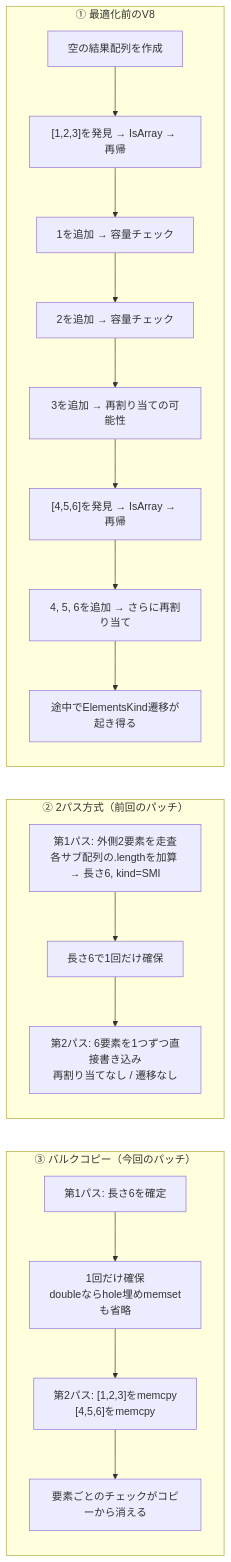
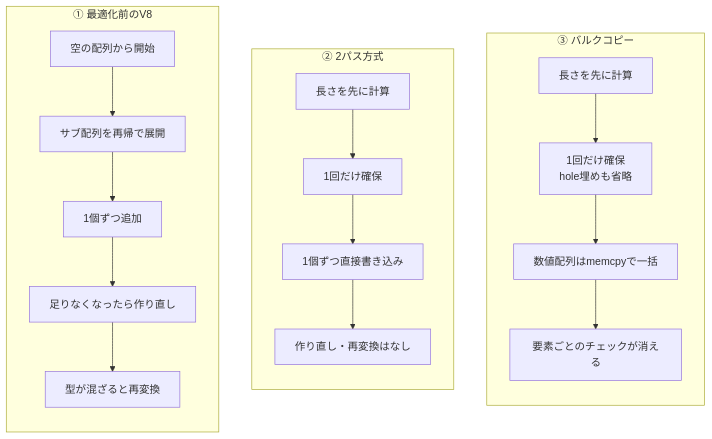
Before and after one commit to riya-amemiya/amemiya_riya_zenn_data: the fourth of 7 diagrams in articles/e12fbacc8e761c.md, drawn with Mermaid. The commit also changed other lines of this file, not shown here.

First line of the commit message:
Rework Array.flat bulk-copy article for readability (figures, tables, deeper PACKED_ELEMENTS) (#180)

````diff
--- a/articles/e12fbacc8e761c.md
+++ b/articles/e12fbacc8e761c.md
@@ -320,30 +263,28 @@
 ```mermaid
-flowchart TB
+flowchart LR
     subgraph v0 ["① 最適化前のV8"]
         direction TB
-        A0["空の結果配列を作成"] --> A1["[1,2,3]を発見 → IsArray → 再帰"]
-        A1 --> A2["1を追加 → 容量チェック"]
-        A2 --> A3["2を追加 → 容量チェック"]
-        A3 --> A4["3を追加 → 再割り当ての可能性"]
-        A4 --> A5["[4,5,6]を発見 → IsArray → 再帰"]
-        A5 --> A6["4, 5, 6を追加 → さらに再割り当て"]
-        A6 --> A7["途中でElementsKind遷移が起き得る"]
+        A0["空の配列から開始"] --> A1["サブ配列を再帰で展開"]
+        A1 --> A2["1個ずつ追加"]
+        A2 --> A3["足りなくなったら作り直し"]
+        A3 --> A4["型が混ざると再変換"]
     end
 
     v0 ~~~ v1
 
-    subgraph v1 ["② 2パス方式（前回のパッチ）"]
+    subgraph v1 ["② 2パス方式"]
         direction TB
-        B0["第1パス: 外側2要素を走査<br>各サブ配列の.lengthを加算 → 長さ6, kind=SMI"] --> B1["長さ6で1回だけ確保"]
-        B1 --> B2["第2パス: 6要素を1つずつ直接書き込み<br>再割り当てなし / 遷移なし"]
+        B0["長さを先に計算"] --> B1["1回だけ確保"]
+        B1 --> B2["1個ずつ直接書き込み"]
+        B2 --> B3["作り直し・再変換はなし"]
     end
 
     v1 ~~~ v2
 
-    subgraph v2 ["③ バルクコピー（今回のパッチ）"]
+    subgraph v2 ["③ バルクコピー"]
         direction TB
-        C0["第1パス: 長さ6を確定"] --> C1["1回だけ確保<br>doubleならhole埋めmemsetも省略"]
-        C1 --> C2["第2パス: [1,2,3]をmemcpy<br>[4,5,6]をmemcpy"]
-        C2 --> C3["要素ごとのチェックがコピーから消える"]
+        C0["長さを先に計算"] --> C1["1回だけ確保<br>hole埋めも省略"]
+        C1 --> C2["数値配列はmemcpyで一括"]
+        C2 --> C3["要素ごとのチェックが消える"]
     end
 ```
````
